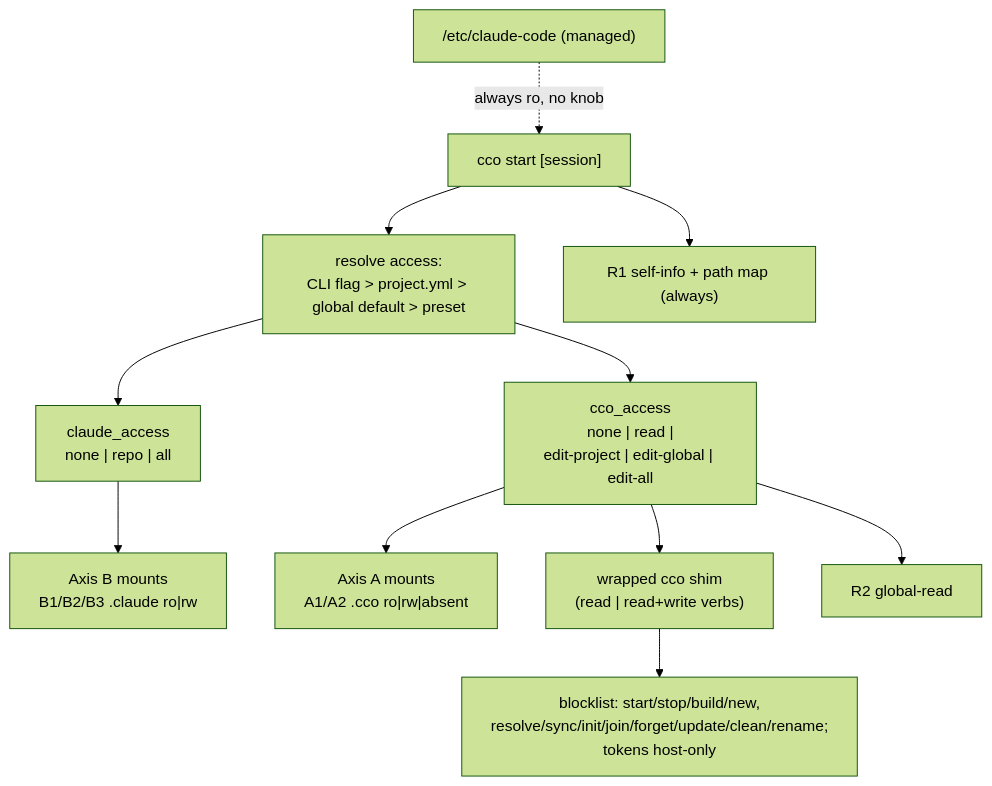
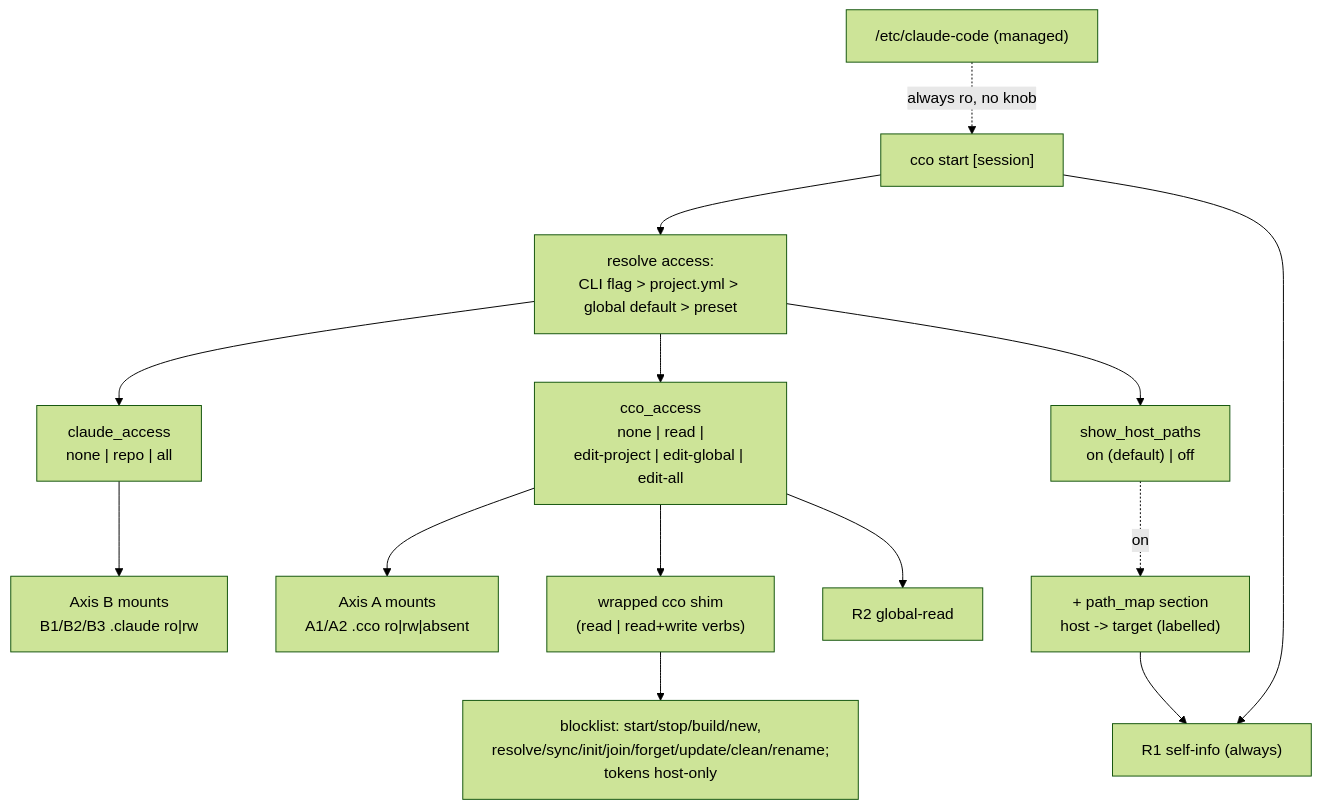
One commit to alergyonthestage/claude-orchestrator changed the diagram in docs/maintainers/configuration/decentralized-config/decisions/0036-session-config-capability-model.md. Above: the diagram before and after it, drawn with Mermaid (forest theme). The commit also changed other lines of this file and 1 other file, not shown here.

First line of the commit message:
docs: add show_host_paths as a dedicated visibility knob (ADR-0036/0040)

````diff
--- a/docs/maintainers/configuration/decentralized-config/decisions/0036-session-config-capability-model.md
+++ b/docs/maintainers/configuration/decentralized-config/decisions/0036-session-config-capability-model.md
@@ -245,13 +264,16 @@
 ```mermaid
 flowchart TD
   S["cco start [session]"] --> RES["resolve access:<br/>CLI flag &gt; project.yml &gt; global default &gt; preset"]
   RES --> CA["claude_access<br/>none | repo | all"]
   RES --> XA["cco_access<br/>none | read |<br/>edit-project | edit-global | edit-all"]
   CA --> B["Axis B mounts<br/>B1/B2/B3 .claude ro|rw"]
   XA --> A["Axis A mounts<br/>A1/A2 .cco ro|rw|absent"]
   XA --> W["wrapped cco shim<br/>(read | read+write verbs)"]
   XA --> R2["R2 global-read"]
-  S --> R1["R1 self-info + path map (always)"]
+  RES --> HP["show_host_paths<br/>on (default) | off"]
+  S --> R1["R1 self-info (always)"]
+  HP -. "on" .-> PM2["+ path_map section<br/>host -&gt; target (labelled)"]
+  PM2 --> R1
   MG["/etc/claude-code (managed)"] -. "always ro, no knob" .-> S
   W --> GUARD["blocklist: start/stop/build/new,<br/>resolve/sync/init/join/forget/update/clean/rename;<br/>tokens host-only"]
 ```
````
